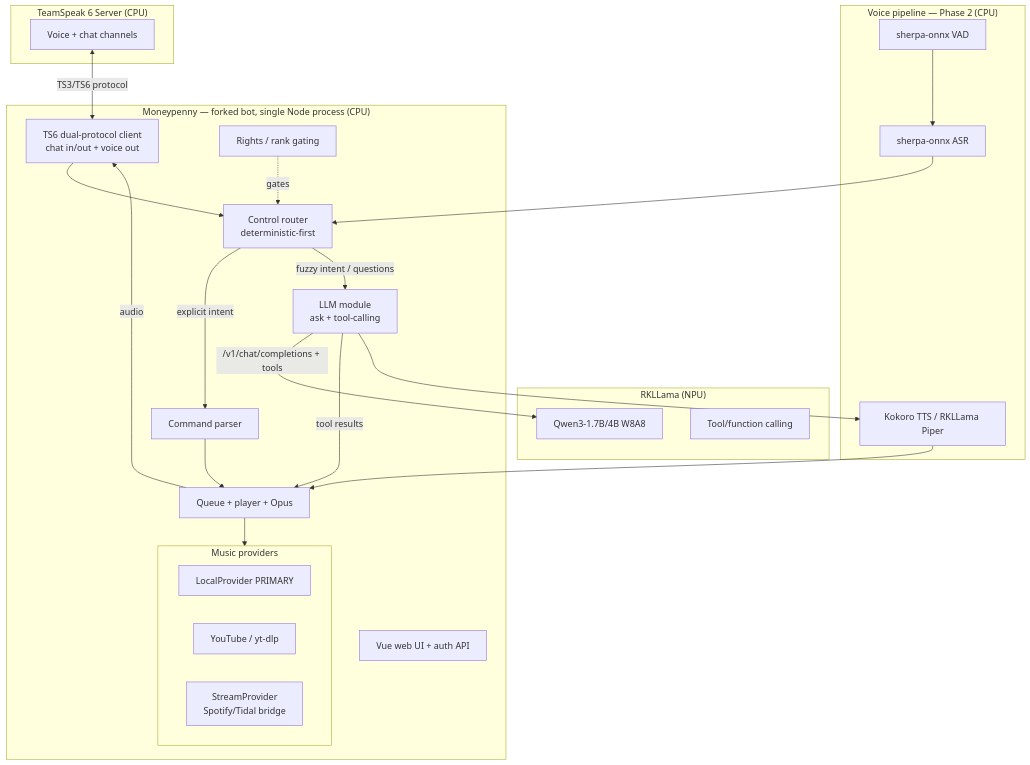
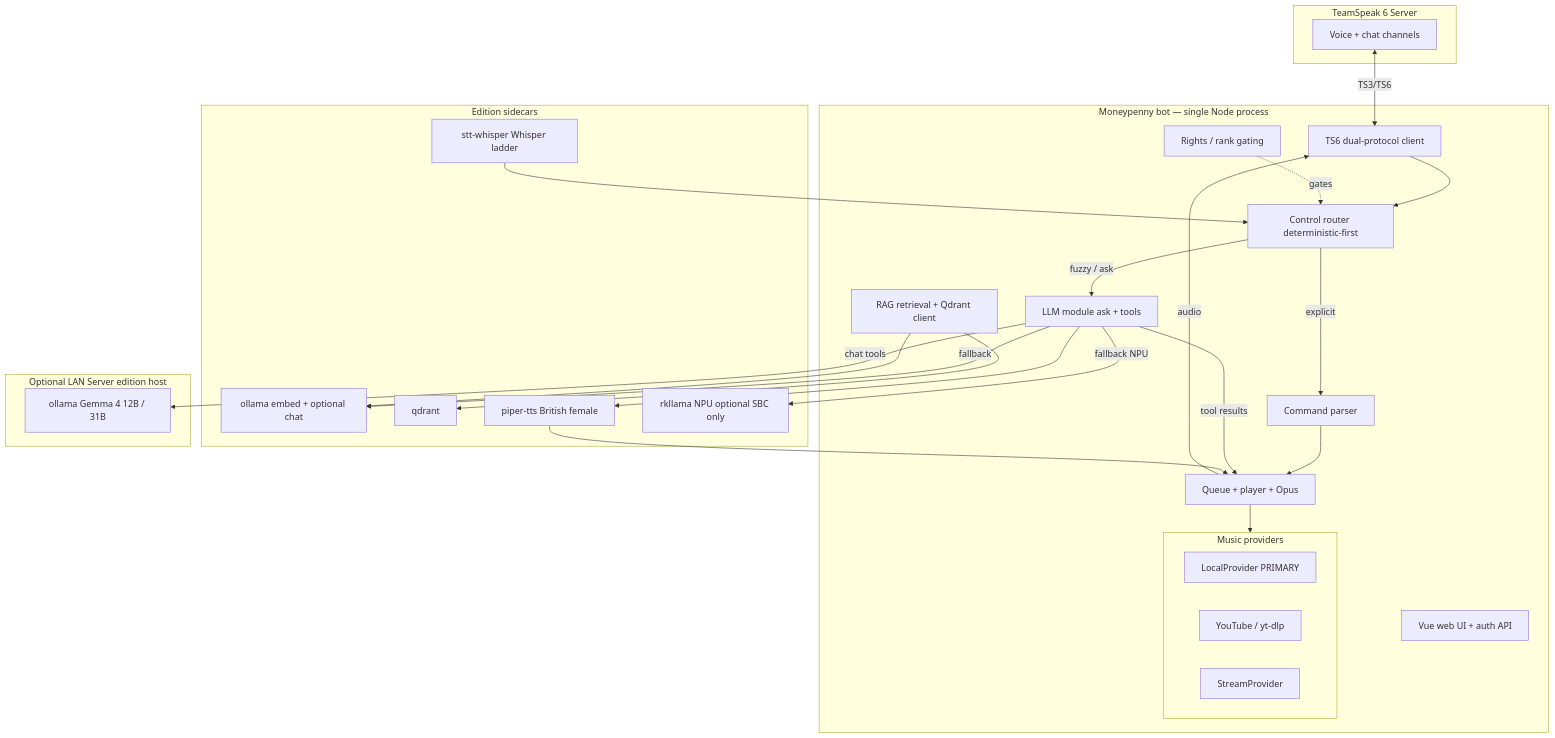
The diagram in DESIGN.md (lmambr2/moneypenny), drawn with Mermaid before and after one commit. The commit also changed other lines of this file and 57 other files, not shown here.

First line of the commit message:
feat: dual editions, dual-track STT, security/perf, install wizard

````diff
--- a/DESIGN.md
+++ b/DESIGN.md
@@ -80,45 +114,51 @@
 ```mermaid
 flowchart TD
-    subgraph TS["TeamSpeak 6 Server (CPU)"]
+    subgraph TS["TeamSpeak 6 Server"]
         CH[Voice + chat channels]
     end
 
-    subgraph BOT["Moneypenny — forked bot, single Node process (CPU)"]
-        CLIENT[TS6 dual-protocol client\nchat in/out + voice out]
-        ROUTER[Control router\ndeterministic-first]
+    subgraph BOT["Moneypenny bot — single Node process"]
+        CLIENT[TS6 dual-protocol client]
+        ROUTER[Control router deterministic-first]
         CMD[Command parser]
-        LLMOD[LLM module\nask + tool-calling]
+        LLMOD[LLM module ask + tools]
         RIGHTS[Rights / rank gating]
         subgraph PROV["Music providers"]
             LOCAL[LocalProvider PRIMARY]
             YT[YouTube / yt-dlp]
-            STREAM[StreamProvider\nSpotify/Tidal bridge]
+            STREAM[StreamProvider]
         end
         QUEUE[Queue + player + Opus]
         WEB[Vue web UI + auth API]
+        RAG[RAG retrieval + Qdrant client]
     end
 
-    subgraph LLM["RKLLama (NPU)"]
-        QWEN[Qwen3-1.7B/4B W8A8]
-        TOOLS[Tool/function calling]
+    subgraph EDGE["Edition sidecars"]
+        OLLAMA[ollama embed + optional chat]
+        QDRANT[qdrant]
+        STT[stt-whisper Whisper ladder]
+        TTS[piper-tts British female]
+        NPU[rkllama NPU optional SBC only]
     end
 
-    subgraph VOICE["Voice pipeline — Phase 2 (CPU)"]
-        VAD[sherpa-onnx VAD]
-        STT[sherpa-onnx ASR]
-        TTS[Kokoro TTS / RKLLama Piper]
+    subgraph LAN["Optional LAN Server edition host"]
+        BIG[ollama Gemma 4 12B / 31B]
     end
 
-    CH <-->|TS3/TS6 protocol| CLIENT
+    CH <-->|TS3/TS6| CLIENT
     CLIENT --> ROUTER
-    ROUTER -->|explicit intent| CMD
-    ROUTER -->|fuzzy intent / questions| LLMOD
-    LLMOD -->|/v1/chat/completions + tools| QWEN
+    ROUTER -->|explicit| CMD
+    ROUTER -->|fuzzy / ask| LLMOD
+    LLMOD -->|chat tools| BIG
+    LLMOD -->|fallback| OLLAMA
+    LLMOD -->|fallback NPU| NPU
+    RAG --> QDRANT
+    RAG --> OLLAMA
     CMD --> QUEUE
     LLMOD -->|tool results| QUEUE
     RIGHTS -. gates .-> ROUTER
     QUEUE --> PROV
     QUEUE -->|audio| CLIENT
-    VAD --> STT --> ROUTER
+    STT --> ROUTER
     LLMOD --> TTS --> QUEUE
 ```
````
